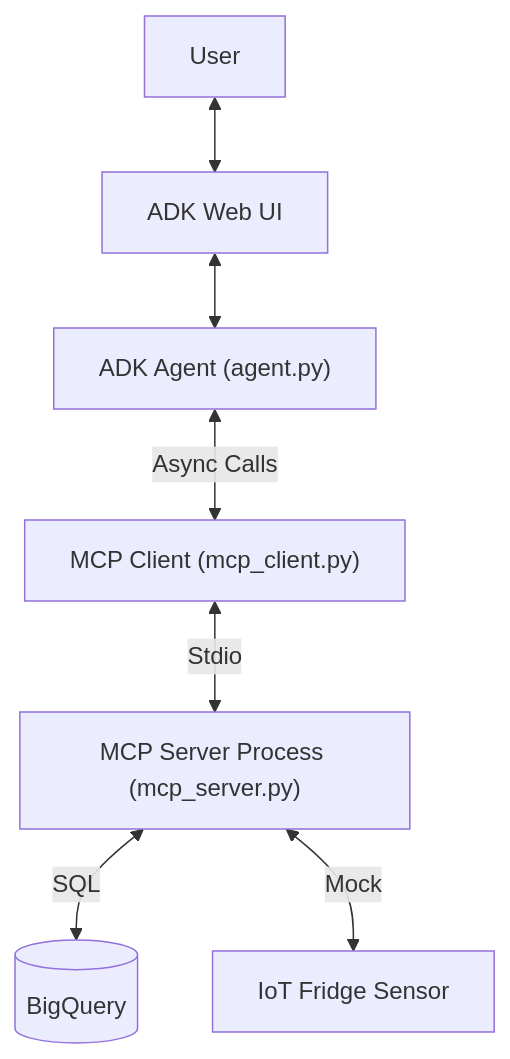
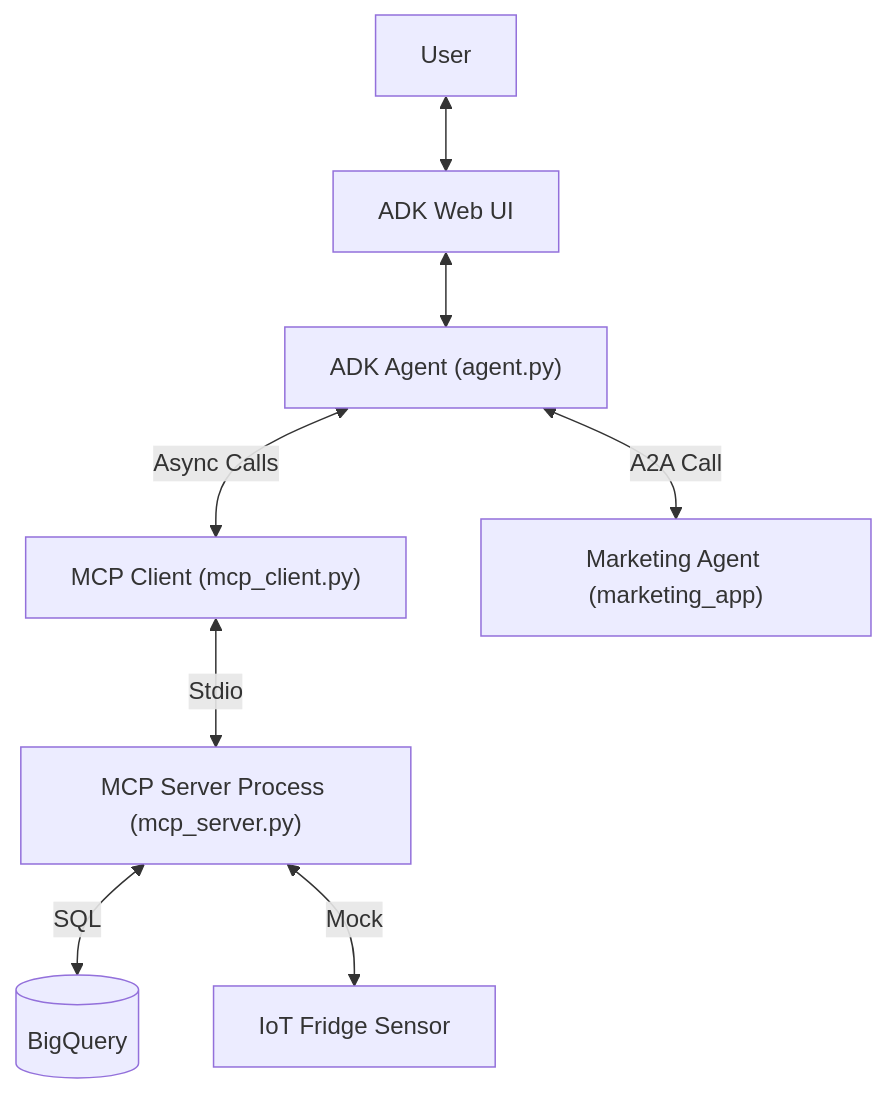
The diagram in chickens_app/README.md (Vadoid/save-the-chickens), drawn with Mermaid before and after one commit. The commit also changed other lines of this file and 8 other files, not shown here.

Commit message:
feat: Add marketing agent and A2A tool for generating promotional content.

````diff
--- a/chickens_app/README.md
+++ b/chickens_app/README.md
@@ -9,9 +9,10 @@
 ```mermaid
 graph TD
     User[User] <--> WebUI["ADK Web UI"]
     WebUI <--> Agent["ADK Agent (agent.py)"]
     Agent <-->|Async Calls| Client["MCP Client (mcp_client.py)"]
     Client <-->|Stdio| Server["MCP Server Process (mcp_server.py)"]
     Server <-->|SQL| BQ[("BigQuery")]
     Server <-->|Mock| IoT["IoT Fridge Sensor"]
+    Agent <-->|A2A Call| Marketing["Marketing Agent (marketing_app)"]
 ```
````
